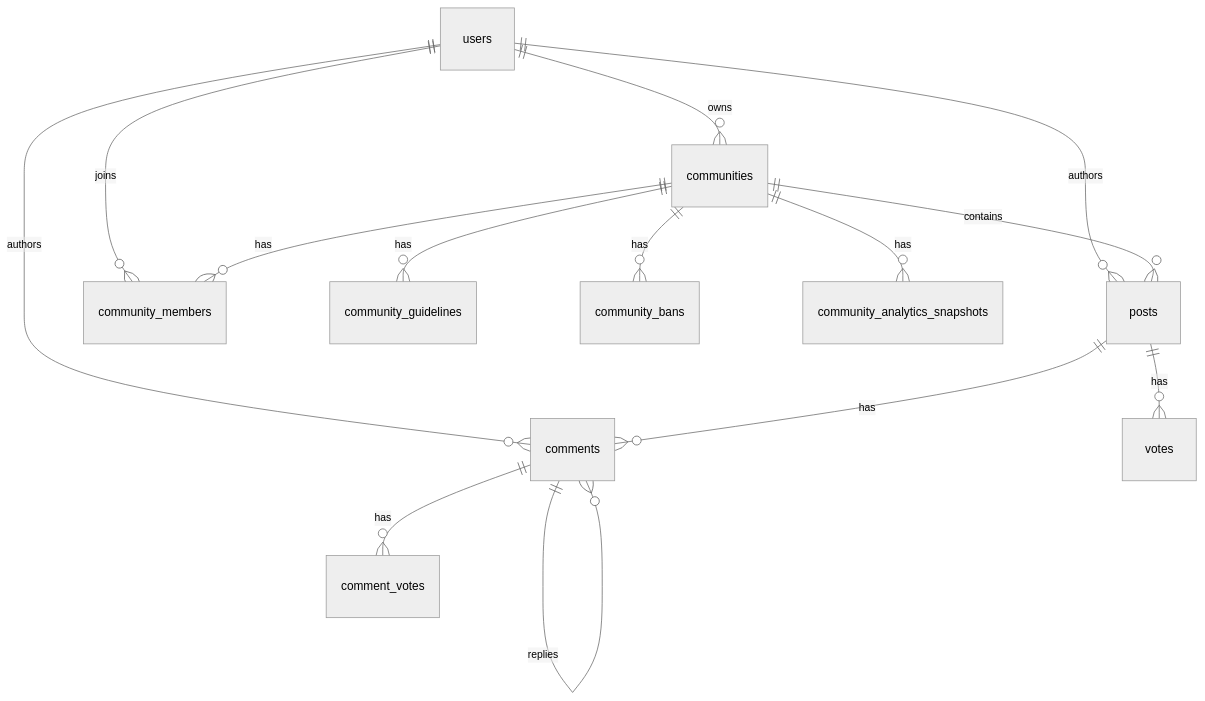
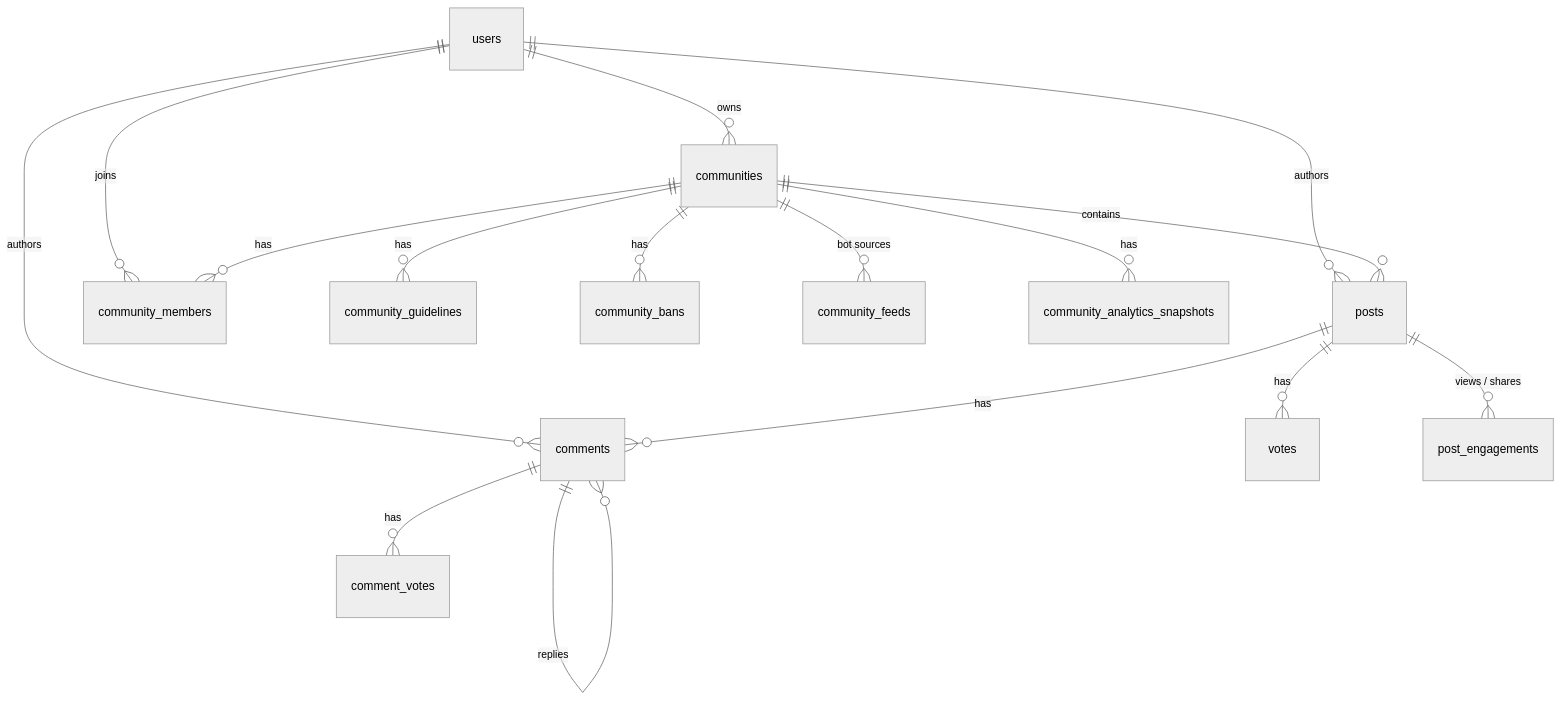
One commit to kashyapkrlucky/connexus changed the third of 3 diagrams in README.md. Above: the diagram before and after it, drawn with Mermaid (neutral theme). The commit also changed other lines of this file and 14 other files, not shown here.

````diff
--- a/README.md
+++ b/README.md
@@ -82,16 +131,18 @@
 ```mermaid
 erDiagram
     users ||--o{ posts : authors
     users ||--o{ comments : authors
     users ||--o{ communities : owns
     users ||--o{ community_members : joins
     communities ||--o{ posts : contains
     communities ||--o{ community_members : has
     communities ||--o{ community_guidelines : has
     communities ||--o{ community_bans : has
+    communities ||--o{ community_feeds : "bot sources"
     communities ||--o{ community_analytics_snapshots : has
     posts ||--o{ comments : has
     posts ||--o{ votes : has
+    posts ||--o{ post_engagements : "views / shares"
     comments ||--o{ comment_votes : has
     comments ||--o{ comments : replies
 ```
````
